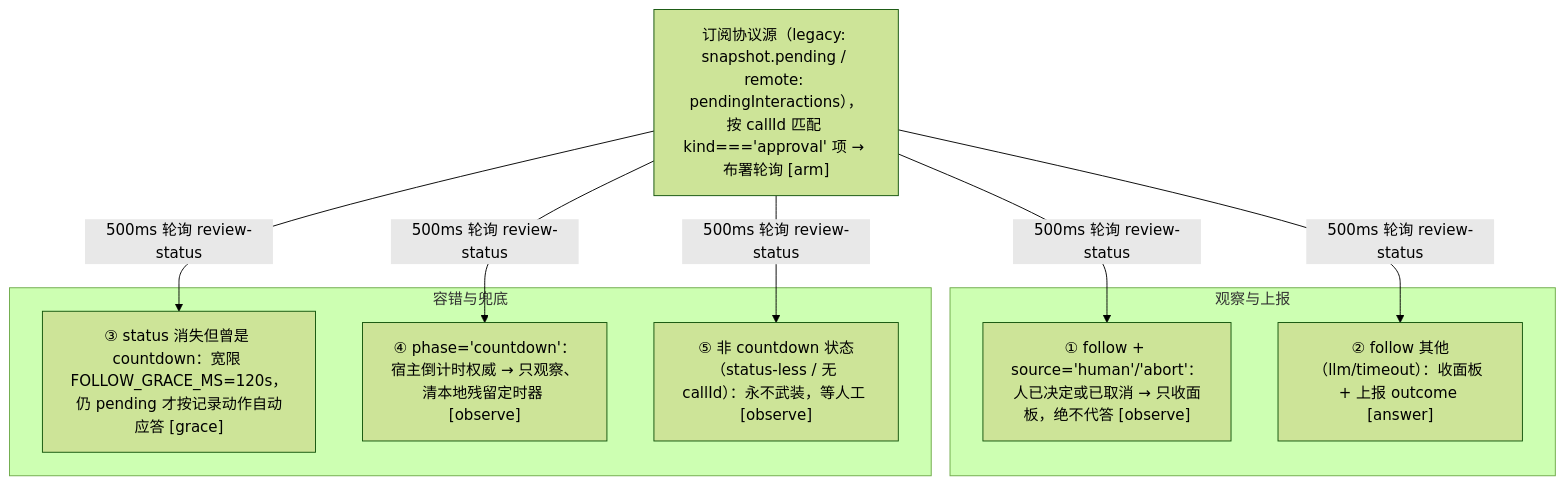
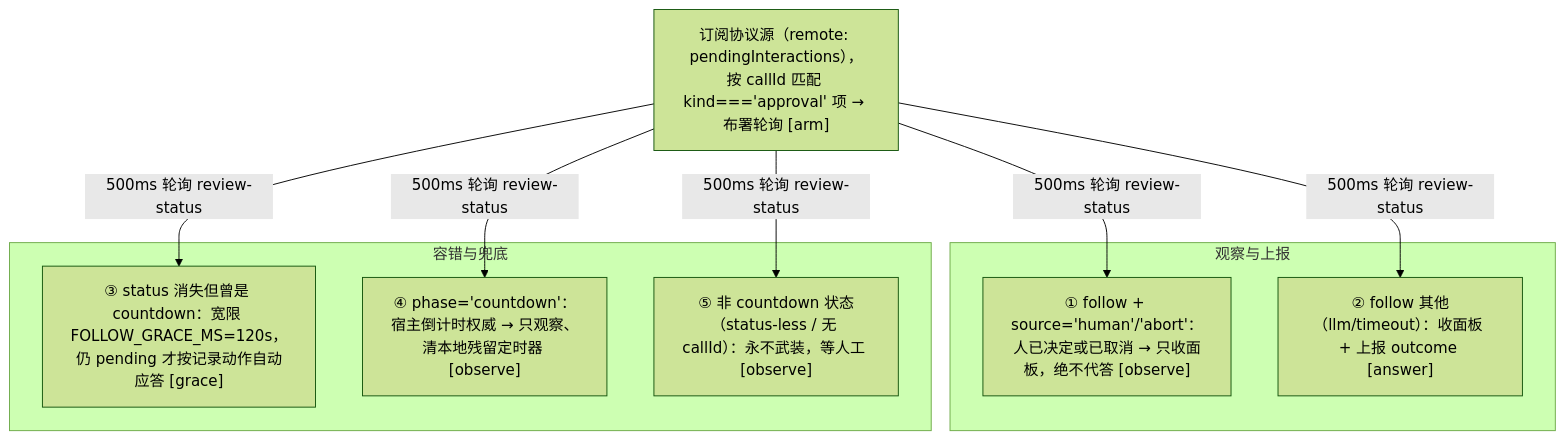
One commit to cuddly-guacamole/dsh-auto-approval-llm changed the diagram in docs/10-client-ui.md. Above: the diagram before and after it, drawn with Mermaid (forest theme). The commit also changed other lines of this file and 14 other files, not shown here.

````diff
--- a/docs/10-client-ui.md
+++ b/docs/10-client-ui.md
@@ -23,18 +23,18 @@
 ```mermaid
 flowchart TD
-    A["订阅协议源（legacy: snapshot.pending / remote: pendingInteractions），按 callId 匹配 kind==='approval' 项 → 布署轮询 [arm]"]
+    A["订阅协议源（remote: pendingInteractions），按 callId 匹配 kind==='approval' 项 → 布署轮询 [arm]"]
     A -->|500ms 轮询 review-status| B1["① follow + source='human'/'abort'：人已决定或已取消 → 只收面板，绝不代答 [observe]"]
     A -->|500ms 轮询 review-status| B2["② follow 其他（llm/timeout）：收面板 + 上报 outcome [answer]"]
     A -->|500ms 轮询 review-status| B3["③ status 消失但曾是 countdown：宽限 FOLLOW_GRACE_MS=120s，仍 pending 才按记录动作自动应答 [grace]"]
     A -->|500ms 轮询 review-status| B4["④ phase='countdown'：宿主倒计时权威 → 只观察、清本地残留定时器 [observe]"]
     A -->|500ms 轮询 review-status| B5["⑤ 非 countdown 状态（status-less / 无 callId）：永不武装，等人工 [observe]"]
     subgraph GR1["观察与上报"]
         B1
         B2
     end
     subgraph GR2["容错与兜底"]
         B3
         B4
         B5
     end
 ```
````
